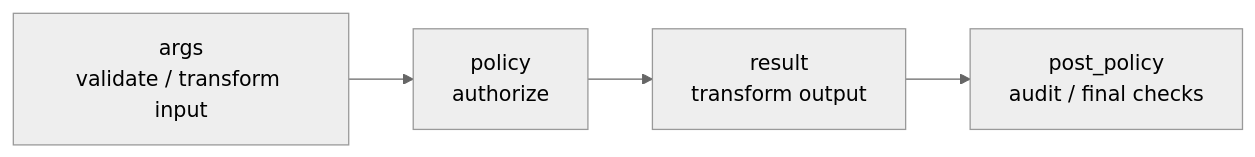
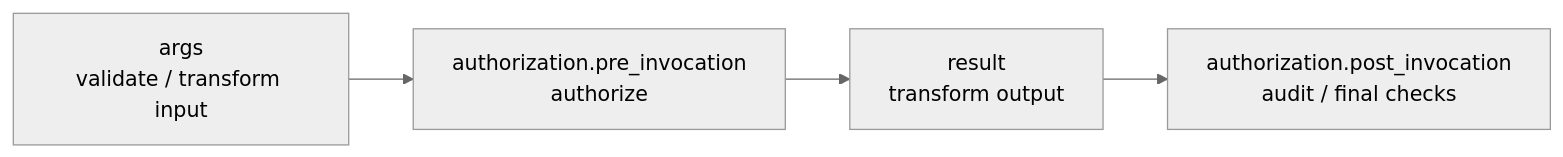
Before and after one commit to contextforge-org/cpex: the diagram in docs/content/docs/apl/_index.md, drawn with Mermaid (neutral theme). The commit also changed other lines of this file and 12 other files, not shown here.

````diff
--- a/docs/content/docs/apl/_index.md
+++ b/docs/content/docs/apl/_index.md
@@ -24,4 +24,4 @@
 ```mermaid
 flowchart LR
-  ARGS["args<br>validate / transform input"] --> POL["policy<br>authorize"] --> RES["result<br>transform output"] --> POST["post_policy<br>audit / final checks"]
+  ARGS["args<br>validate / transform input"] --> POL["authorization.pre_invocation<br>authorize"] --> RES["result<br>transform output"] --> POST["authorization.post_invocation<br>audit / final checks"]
 ```
````
